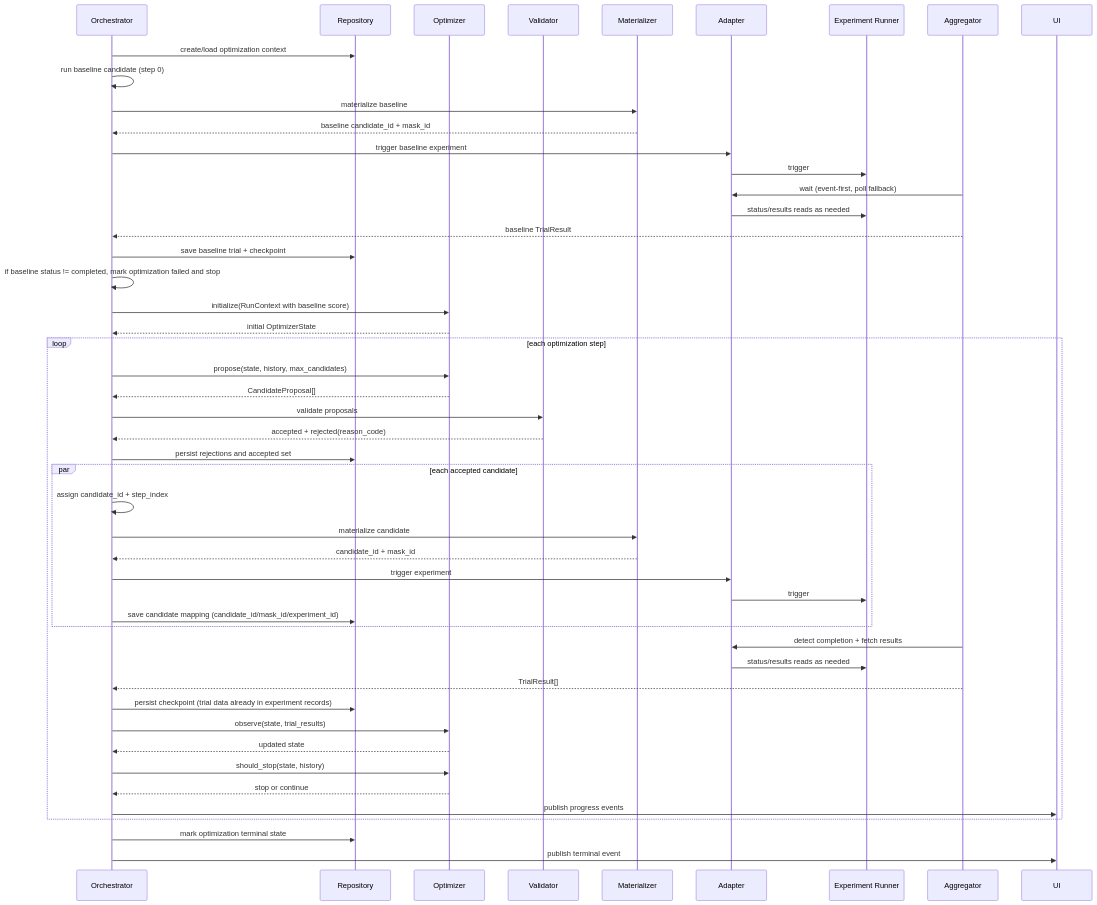
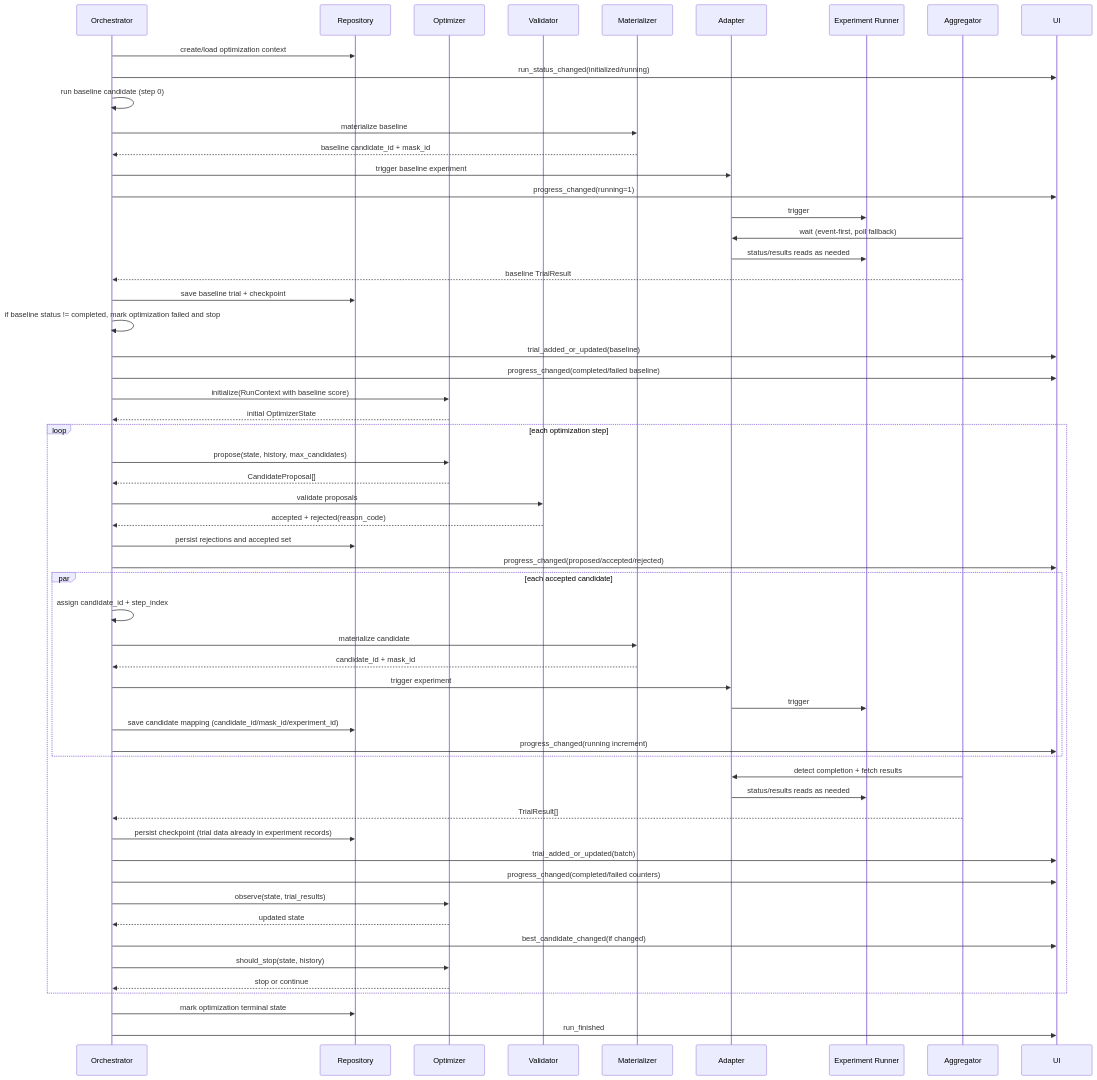
One commit to comet-ml/opik changed the third of 3 diagrams in sdks/opik_optimizer/docs/optimization-framework-design.md. Above: the diagram before and after it, drawn with Mermaid.

Commit message:
ui reporting events in flow

````diff
--- a/sdks/opik_optimizer/docs/optimization-framework-design.md
+++ b/sdks/opik_optimizer/docs/optimization-framework-design.md
@@ -305,60 +305,67 @@
 ```mermaid
 sequenceDiagram
 participant O as Orchestrator
 participant P as Repository
 participant A as Optimizer
 participant V as Validator
 participant M as Materializer
 participant X as Adapter
 participant E as Experiment Runner
 participant G as Aggregator
 participant U as UI
 
 O->>P: create/load optimization context
+O->>U: run_status_changed(initialized/running)
 O->>O: run baseline candidate (step 0)
 O->>M: materialize baseline
 M-->>O: baseline candidate_id + mask_id
 O->>X: trigger baseline experiment
+O->>U: progress_changed(running=1)
 X->>E: trigger
 G->>X: wait (event-first, poll fallback)
 X->>E: status/results reads as needed
 G-->>O: baseline TrialResult
 O->>P: save baseline trial + checkpoint
 O->>O: if baseline status != completed, mark optimization failed and stop
+O->>U: trial_added_or_updated(baseline)
+O->>U: progress_changed(completed/failed baseline)
 
 O->>A: initialize(RunContext with baseline score)
 A-->>O: initial OptimizerState
 
 loop each optimization step
   O->>A: propose(state, history, max_candidates)
   A-->>O: CandidateProposal[]
 
   O->>V: validate proposals
   V-->>O: accepted + rejected(reason_code)
   O->>P: persist rejections and accepted set
+  O->>U: progress_changed(proposed/accepted/rejected)
 
   par each accepted candidate
     O->>O: assign candidate_id + step_index
     O->>M: materialize candidate
     M-->>O: candidate_id + mask_id
     O->>X: trigger experiment
     X->>E: trigger
     O->>P: save candidate mapping (candidate_id/mask_id/experiment_id)
+    O->>U: progress_changed(running increment)
   end
 
   G->>X: detect completion + fetch results
   X->>E: status/results reads as needed
   G-->>O: TrialResult[]
 
   O->>P: persist checkpoint (trial data already in experiment records)
+  O->>U: trial_added_or_updated(batch)
+  O->>U: progress_changed(completed/failed counters)
   O->>A: observe(state, trial_results)
   A-->>O: updated state
+  O->>U: best_candidate_changed(if changed)
   O->>A: should_stop(state, history)
   A-->>O: stop or continue
-
-  O->>U: publish progress events
 end
 
 O->>P: mark optimization terminal state
-O->>U: publish terminal event
+O->>U: run_finished
 ```
````
